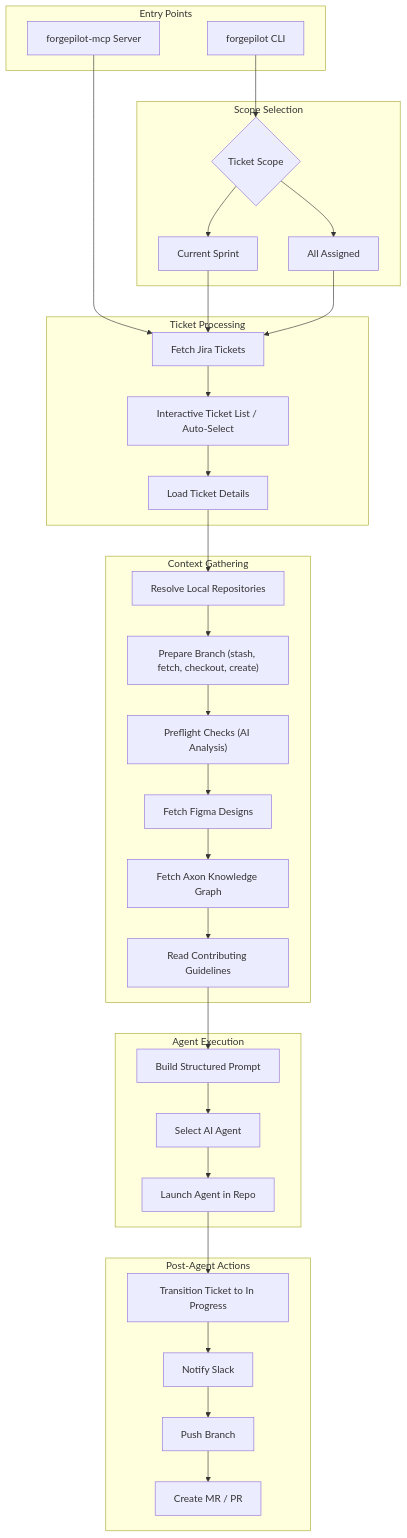
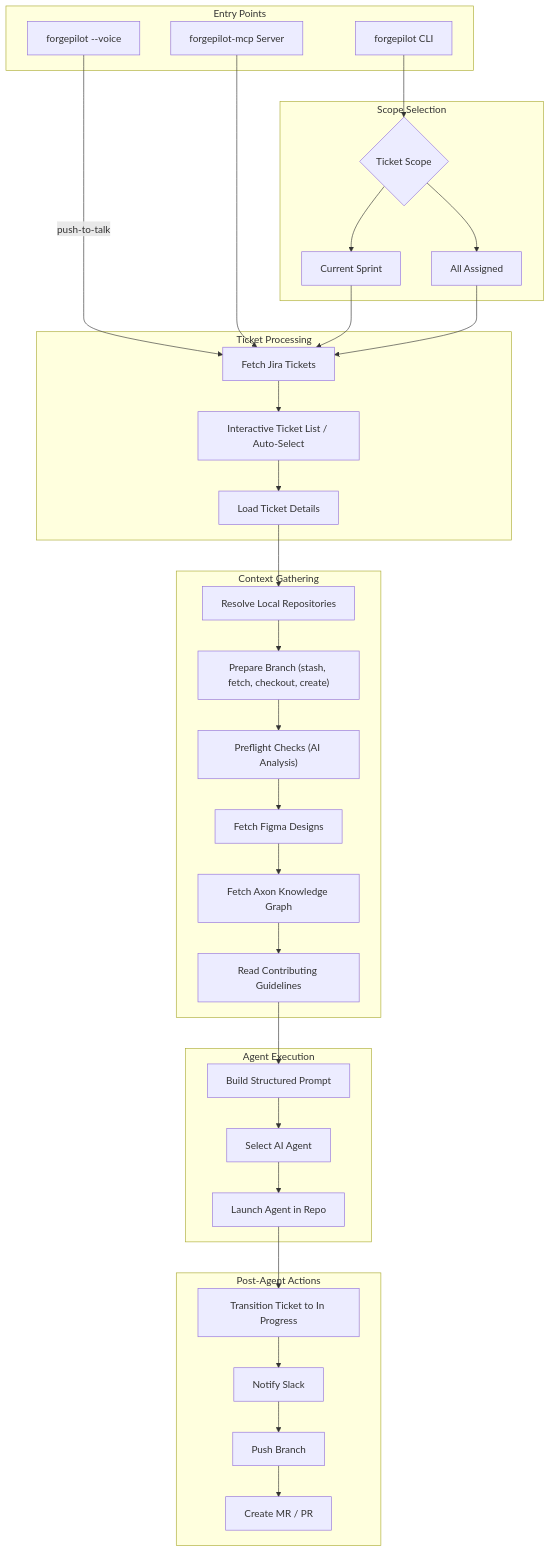
The diagram in README.md (shivam-S-bisht/forgepilot), drawn with Mermaid before and after one commit. The commit also changed other lines of this file and 7 other files, not shown here.

````diff
--- a/README.md
+++ b/README.md
@@ -9,60 +9,62 @@
 ```mermaid
 flowchart TD
     subgraph entryPoints [Entry Points]
         CLI["forgepilot CLI"]
         MCP["forgepilot-mcp Server"]
+        Voice["forgepilot --voice"]
     end
 
     subgraph scopeSelection [Scope Selection]
         Scope{"Ticket Scope"}
         CurrentSprint["Current Sprint"]
         AllAssigned["All Assigned"]
     end
 
     subgraph ticketFlow [Ticket Processing]
         FetchTickets["Fetch Jira Tickets"]
         TicketList["Interactive Ticket List / Auto-Select"]
         LoadDetails["Load Ticket Details"]
     end
 
     subgraph contextGathering [Context Gathering]
         ResolveRepos["Resolve Local Repositories"]
         PrepareBranch["Prepare Branch (stash, fetch, checkout, create)"]
         Preflight["Preflight Checks (AI Analysis)"]
         FigmaCtx["Fetch Figma Designs"]
         AxonCtx["Fetch Axon Knowledge Graph"]
         Guidelines["Read Contributing Guidelines"]
     end
 
     subgraph agentExecution [Agent Execution]
         BuildPrompt["Build Structured Prompt"]
         PickAgent["Select AI Agent"]
         LaunchAgent["Launch Agent in Repo"]
     end
 
     subgraph postAgent [Post-Agent Actions]
         TransitionJira["Transition Ticket to In Progress"]
         NotifySlack["Notify Slack"]
         PushBranch["Push Branch"]
         CreatePR["Create MR / PR"]
     end
 
     CLI --> Scope
+    Voice -->|"push-to-talk"| FetchTickets
     MCP --> FetchTickets
     Scope --> CurrentSprint --> FetchTickets
     Scope --> AllAssigned --> FetchTickets
     FetchTickets --> TicketList --> LoadDetails
     LoadDetails --> ResolveRepos
     ResolveRepos --> PrepareBranch
     PrepareBranch --> Preflight
     Preflight --> FigmaCtx
     FigmaCtx --> AxonCtx
     AxonCtx --> Guidelines
     Guidelines --> BuildPrompt
     BuildPrompt --> PickAgent
     PickAgent --> LaunchAgent
     LaunchAgent --> TransitionJira
     TransitionJira --> NotifySlack
     NotifySlack --> PushBranch
     PushBranch --> CreatePR
 ```
````
